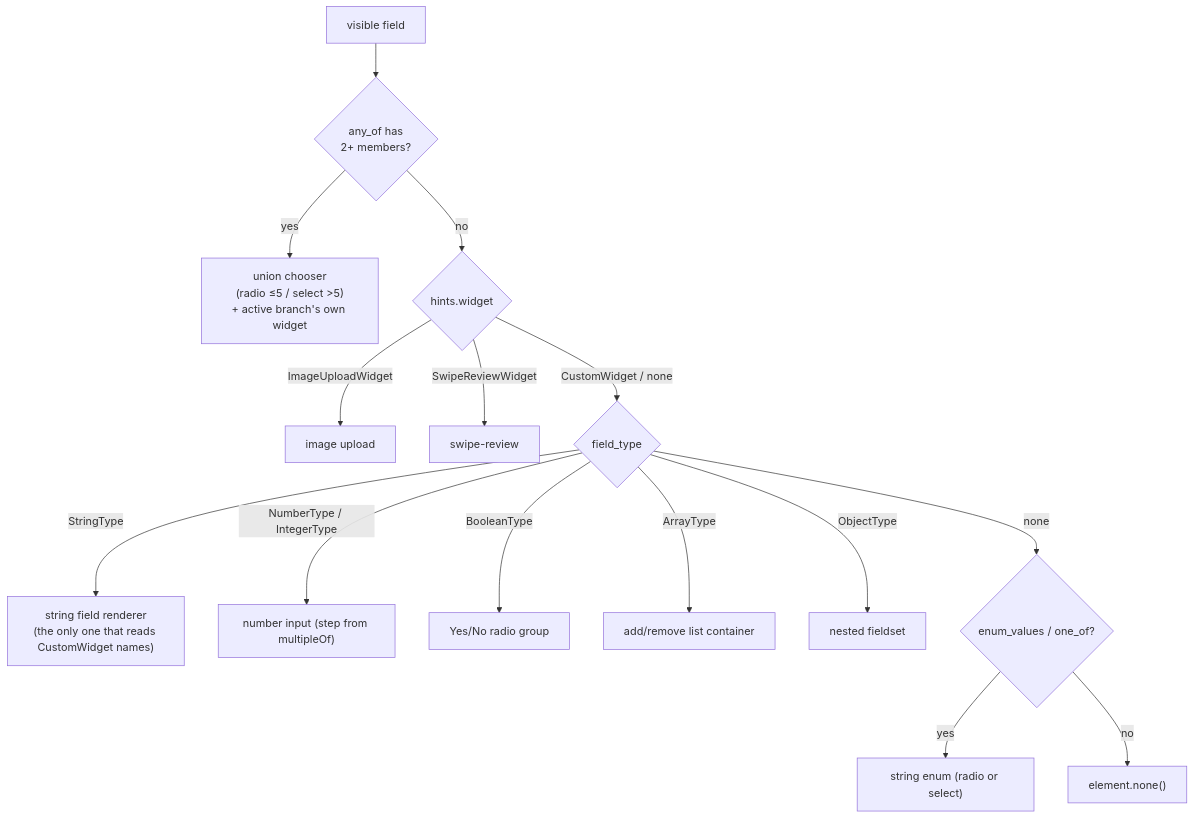
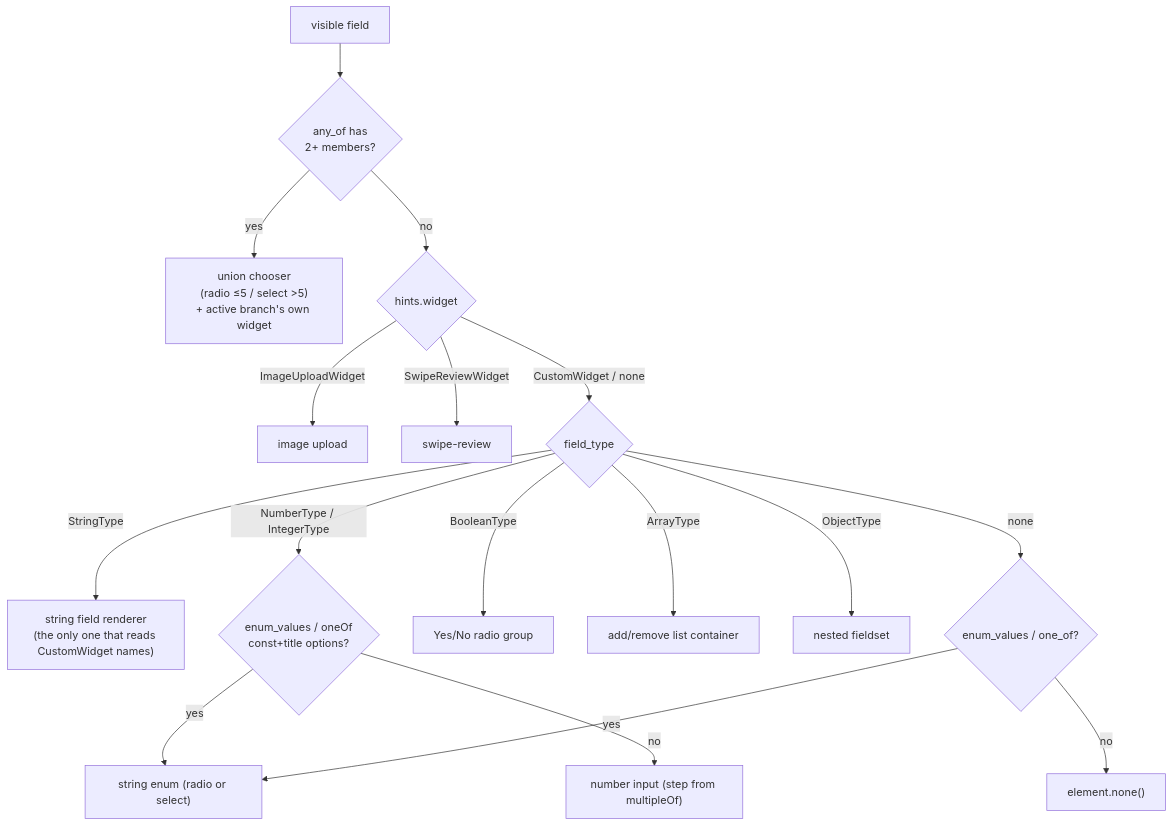
One commit to radionest/gleam_formosh changed the first of 2 diagrams in docs/reference/widgets.md. Above: the diagram before and after it, drawn with Mermaid. The commit also changed other lines of this file and 4 other files, not shown here.

First line of the commit message:
fix(fields): render numeric enum/const oneOf as an option widget

````diff
--- a/docs/reference/widgets.md
+++ b/docs/reference/widgets.md
@@ -26,17 +26,19 @@
 ```mermaid
 flowchart TD
     F["visible field"] --> U{"any_of has<br/>2+ members?"}
     U -- "yes" --> UC["union chooser<br/>(radio ≤5 / select >5)<br/>+ active branch's own widget"]
     U -- "no" --> W{"hints.widget"}
     W -- "ImageUploadWidget" --> IU["image upload"]
     W -- "SwipeReviewWidget" --> SR["swipe-review"]
     W -- "CustomWidget / none" --> T{"field_type"}
     T -- "StringType" --> S["string field renderer<br/>(the only one that reads CustomWidget names)"]
-    T -- "NumberType / IntegerType" --> NUM["number input (step from multipleOf)"]
+    T -- "NumberType / IntegerType" --> NO{"enum_values / oneOf<br/>const+title options?"}
+    NO -- "yes" --> EN
+    NO -- "no" --> NUM["number input (step from multipleOf)"]
     T -- "BooleanType" --> B["Yes/No radio group"]
     T -- "ArrayType" --> A["add/remove list container"]
     T -- "ObjectType" --> O["nested fieldset"]
     T -- "none" --> E{"enum_values / one_of?"}
     E -- "yes" --> EN["string enum (radio or select)"]
     E -- "no" --> NONE["element.none()"]
 ```
````
